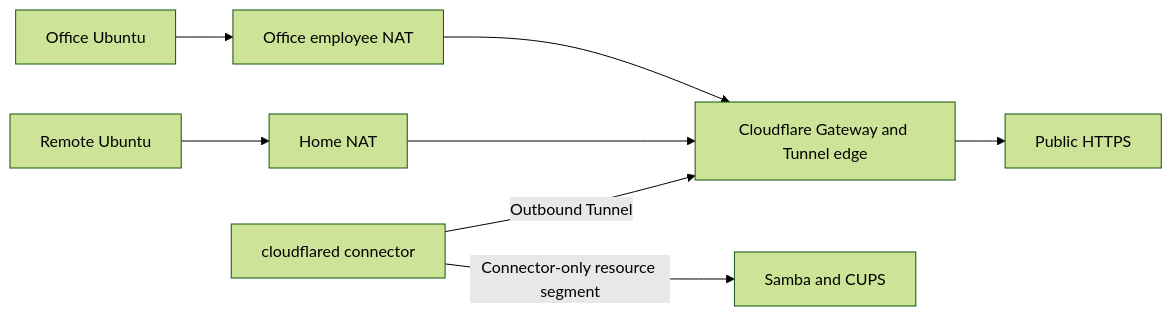
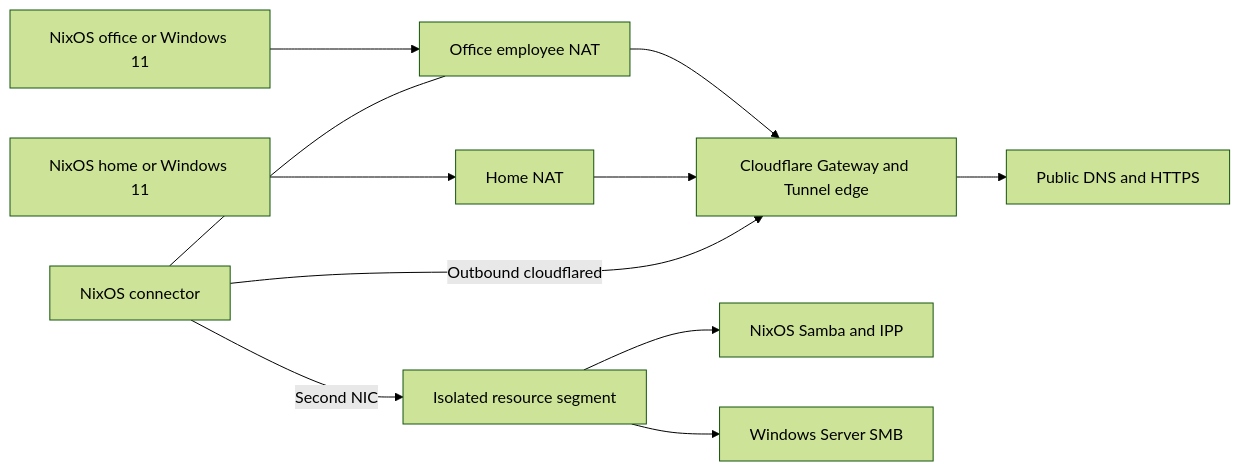
One commit to kadencartwright/cloudflare-ztna-lab changed the diagram in README.md. Above: the diagram before and after it, drawn with Mermaid (forest theme). The commit also changed other lines of this file and 26 other files, not shown here.

Commit message:
Build the NixOS and Windows Zero Trust lab

````diff
--- a/README.md
+++ b/README.md
@@ -5,10 +5,13 @@
 ```mermaid
 flowchart LR
-  O[Office Ubuntu] --> ON[Office employee NAT]
-  R[Remote Ubuntu] --> HN[Home NAT]
+  O[NixOS office or Windows 11] --> ON[Office employee NAT]
+  R[NixOS home or Windows 11] --> HN[Home NAT]
   ON --> E[Cloudflare Gateway and Tunnel edge]
   HN --> E
-  C[cloudflared connector] -->|Outbound Tunnel| E
-  C -->|Connector-only resource segment| S[Samba and CUPS]
-  E --> W[Public HTTPS]
+  E --> W[Public DNS and HTTPS]
+  C[NixOS connector] -->|Outbound cloudflared| E
+  C --- ON
+  C -->|Second NIC| V[Isolated resource segment]
+  V --> L[NixOS Samba and IPP]
+  V --> S[Windows Server SMB]
 ```
````
